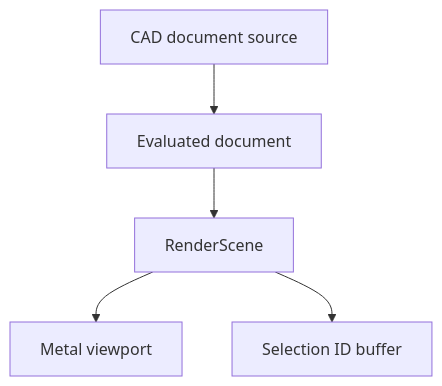
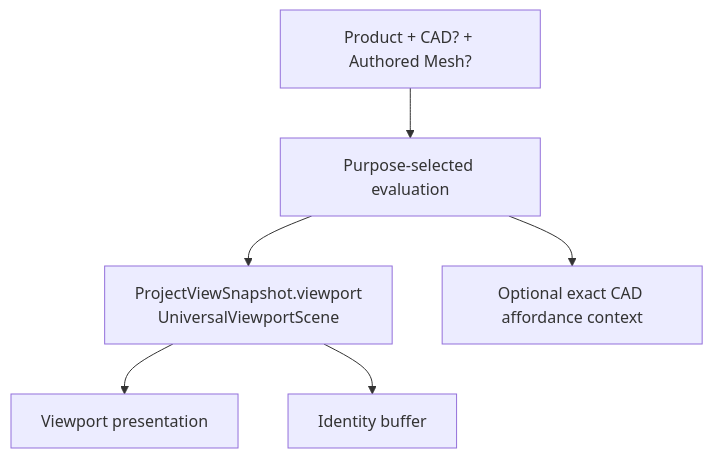
The eighth of 12 diagrams in Rupa/PHILOSOPHY.md (1amageek/Rupa), drawn with Mermaid before and after one commit. The commit also changed other lines of this file and 5 other files, not shown here.

````diff
--- a/Rupa/PHILOSOPHY.md
+++ b/Rupa/PHILOSOPHY.md
@@ -201,7 +225,8 @@
 ```mermaid
 flowchart TD
-    Document["CAD document source"] --> Evaluation["Evaluated document"]
-    Evaluation --> Scene["RenderScene"]
-    Scene --> Metal["Metal viewport"]
-    Scene --> Selection["Selection ID buffer"]
+    Sources["Product + CAD? + Authored Mesh?"] --> Evaluation["Purpose-selected evaluation"]
+    Evaluation --> Scene["ProjectViewSnapshot.viewport<br/>UniversalViewportScene"]
+    Scene --> Display["Viewport presentation"]
+    Scene --> Selection["Identity buffer"]
+    Evaluation --> CADContext["Optional exact CAD affordance context"]
 ```
````
